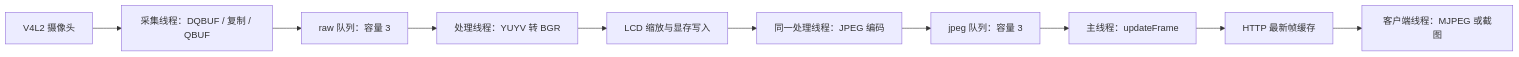
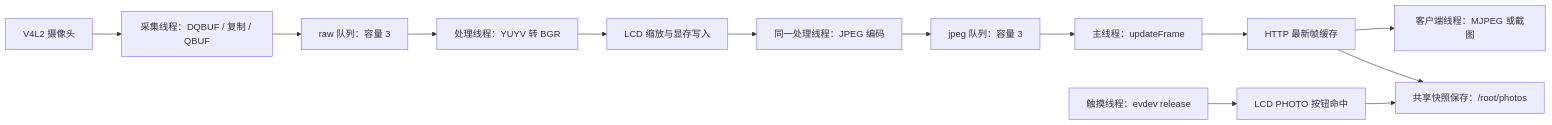
The diagram in cam.md (Dakken0915/cam), drawn with Mermaid before and after one commit. The commit also changed other lines of this file and 13 other files, not shown here.

````diff
--- a/cam.md
+++ b/cam.md
@@ -43,12 +45,15 @@
 ```mermaid
 flowchart LR
     A["V4L2 摄像头"] --> B["采集线程：DQBUF / 复制 / QBUF"]
     B --> C["raw 队列：容量 3"]
     C --> D["处理线程：YUYV 转 BGR"]
     D --> E["LCD 缩放与显存写入"]
     E --> F["同一处理线程：JPEG 编码"]
     F --> G["jpeg 队列：容量 3"]
     G --> H["主线程：updateFrame"]
     H --> I["HTTP 最新帧缓存"]
     I --> J["客户端线程：MJPEG 或截图"]
+    K["触摸线程：evdev release"] --> L["LCD PHOTO 按钮命中"]
+    L --> M["共享快照保存：/root/photos"]
+    I --> M
 ```
````
